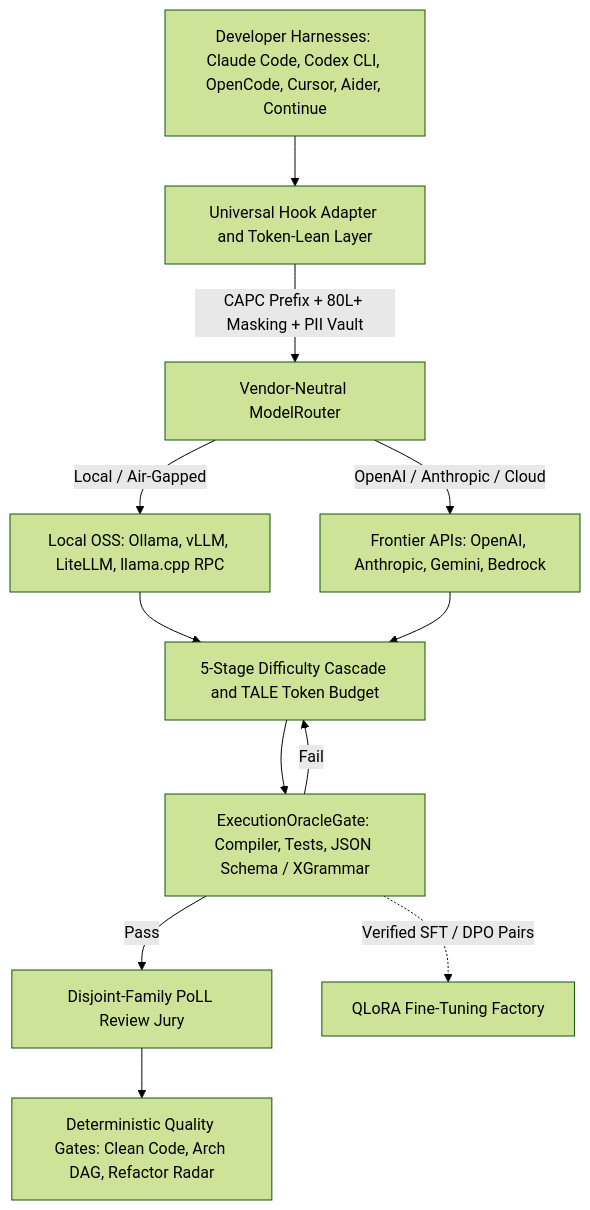
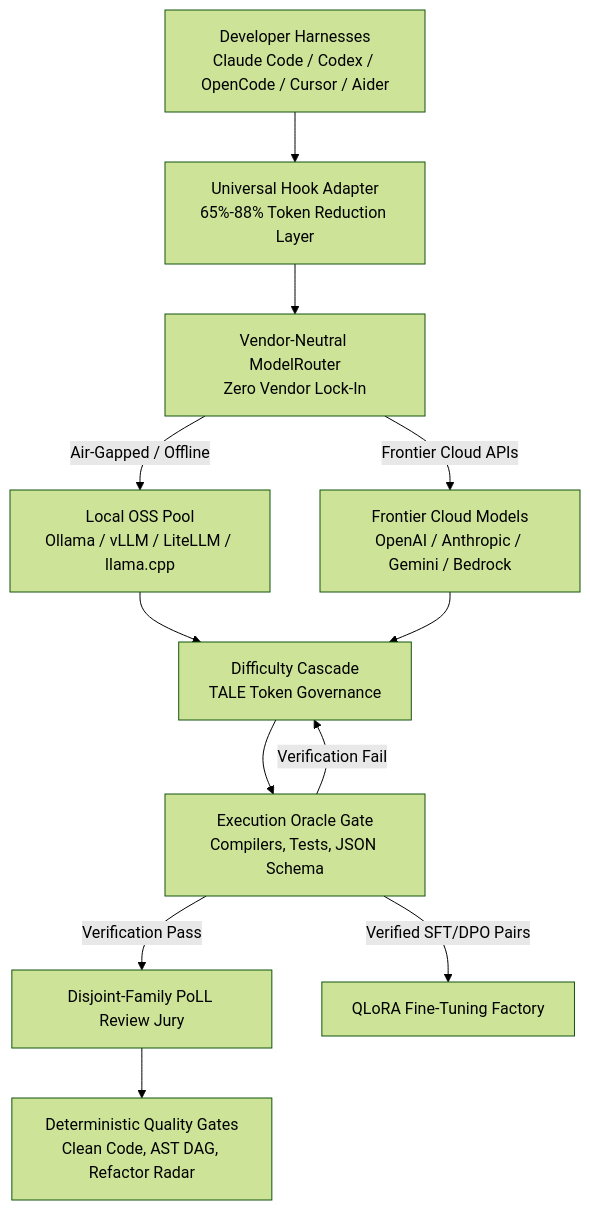
One commit to dikkulah/kaizen-engineering-kit changed the first of 2 diagrams in README.md. Above: the diagram before and after it, drawn with Mermaid (forest theme). The commit also changed other lines of this file and 7 other files, not shown here.

Commit message:
feat: add 50+ model catalog, NVIDIA Nemotron, FastMCP kaizen_* dual-naming, frontier Night-Shift batches, and fix GitHub Mermaid rendering

````diff
--- a/README.md
+++ b/README.md
@@ -16,18 +16,18 @@
 ```mermaid
-flowchart TD
-    H["Developer Harnesses: Claude Code, Codex CLI, OpenCode, Cursor, Aider, Continue"] --> UHA["Universal Hook Adapter and Token-Lean Layer"]
-    UHA -->|"CAPC Prefix + 80L+ Masking + PII Vault"| MR["Vendor-Neutral ModelRouter"]
+graph TD
+    H["Developer Harnesses<br/>Claude Code / Codex / OpenCode / Cursor / Aider"] --> UHA["Universal Hook Adapter<br/>65%-88% Token Reduction Layer"]
+    UHA --> MR["Vendor-Neutral ModelRouter<br/>Zero Vendor Lock-In"]
 
-    MR -->|"Local / Air-Gapped"| OSS["Local OSS: Ollama, vLLM, LiteLLM, llama.cpp RPC"]
-    MR -->|"OpenAI / Anthropic / Cloud"| CLOUD["Frontier APIs: OpenAI, Anthropic, Gemini, Bedrock"]
+    MR -->|"Air-Gapped / Offline"| OSS["Local OSS Pool<br/>Ollama / vLLM / LiteLLM / llama.cpp"]
+    MR -->|"Frontier Cloud APIs"| CLOUD["Frontier Cloud Models<br/>OpenAI / Anthropic / Gemini / Bedrock"]
 
-    OSS --> CASC["5-Stage Difficulty Cascade and TALE Token Budget"]
+    OSS --> CASC["Difficulty Cascade<br/>TALE Token Governance"]
     CLOUD --> CASC
 
-    CASC --> ORACLE["ExecutionOracleGate: Compiler, Tests, JSON Schema / XGrammar"]
-    ORACLE -->|"Pass"| POLL["Disjoint-Family PoLL Review Jury"]
-    ORACLE -->|"Fail"| CASC
+    CASC --> ORACLE["Execution Oracle Gate<br/>Compilers, Tests, JSON Schema"]
+    ORACLE -->|"Verification Pass"| POLL["Disjoint-Family PoLL Review Jury"]
+    ORACLE -->|"Verification Fail"| CASC
 
-    POLL --> GATES["Deterministic Quality Gates: Clean Code, Arch DAG, Refactor Radar"]
-    ORACLE -.->|"Verified SFT / DPO Pairs"| QLORA["QLoRA Fine-Tuning Factory"]
+    POLL --> GATES["Deterministic Quality Gates<br/>Clean Code, AST DAG, Refactor Radar"]
+    ORACLE -->|"Verified SFT/DPO Pairs"| QLORA["QLoRA Fine-Tuning Factory"]
 ```
````
